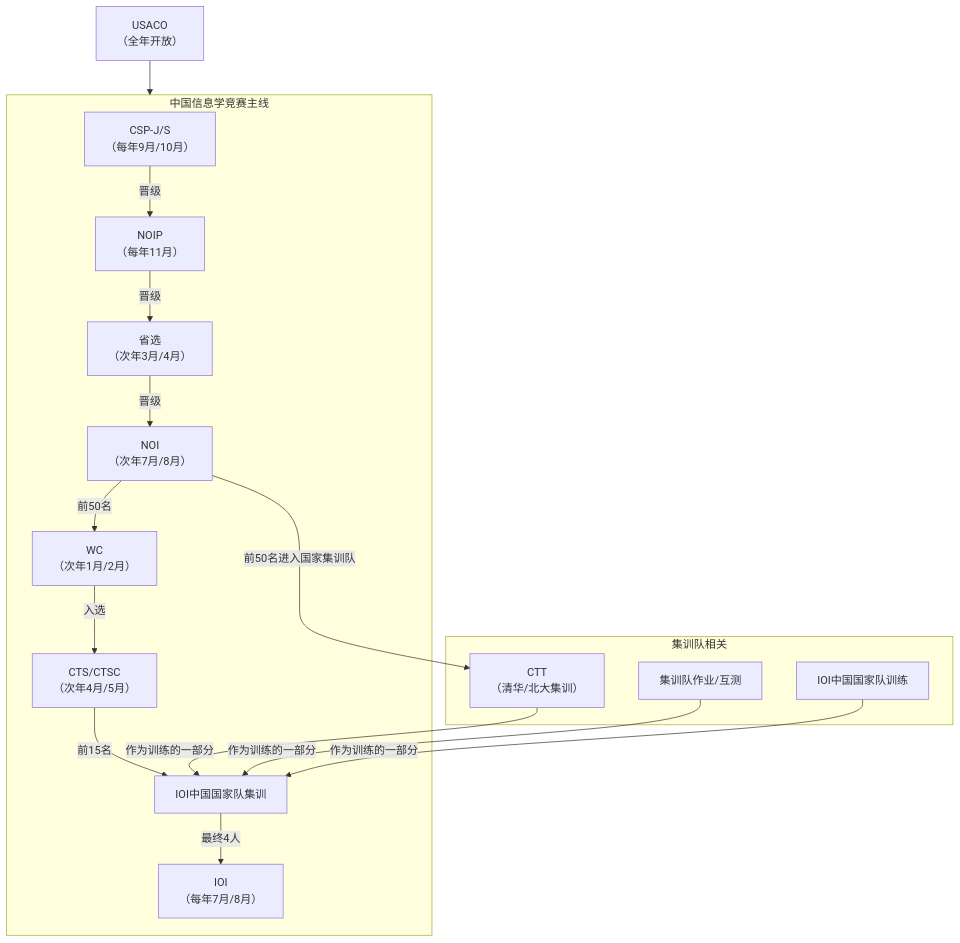
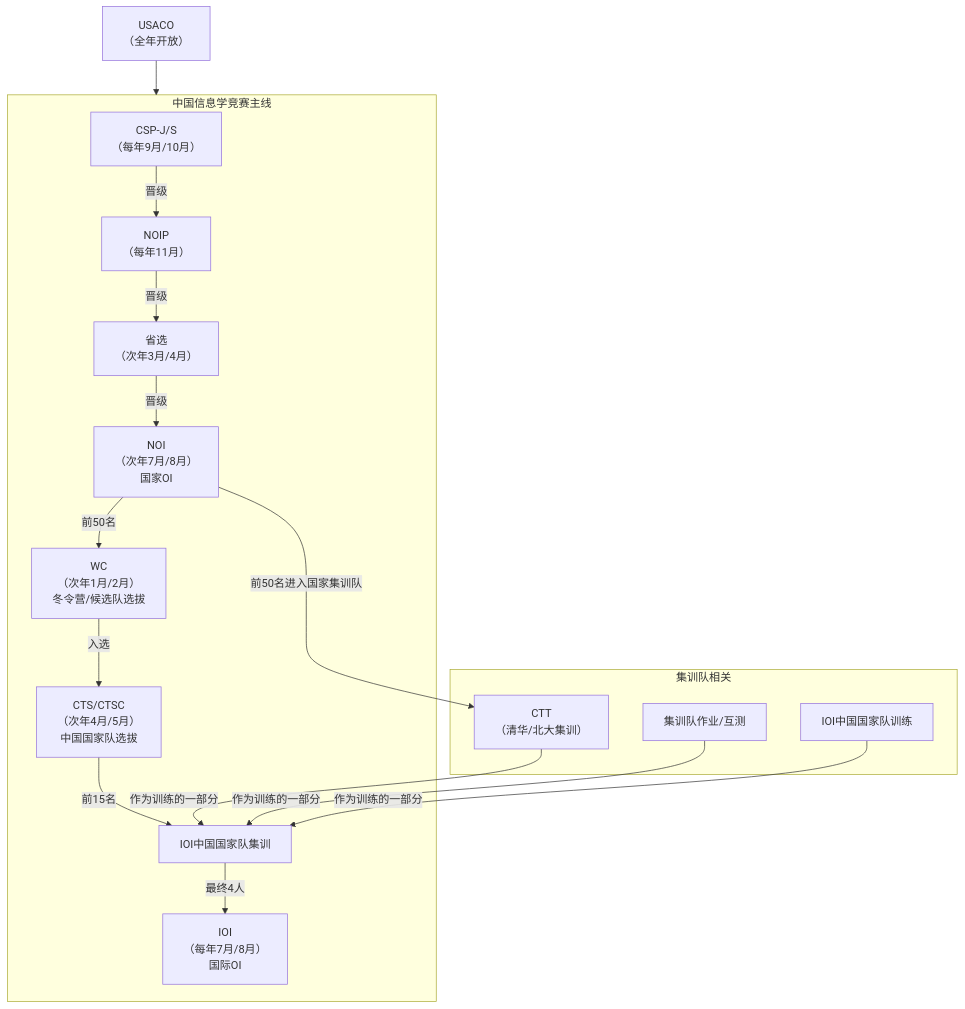
Before and after one commit to tiankonguse/leetcode-solutions: the diagram in other/NOI/roadmap.md, drawn with Mermaid. The commit also changed 10 other files, not shown here.

````diff
--- a/other/NOI/roadmap.md
+++ b/other/NOI/roadmap.md
@@ -89,30 +89,30 @@
 ```mermaid
 flowchart TD
     A[USACO<br>（全年开放）] --> Z
 
     subgraph Z [中国信息学竞赛主线]
         B[CSP-J/S<br>（每年9月/10月）]
         C[NOIP<br>（每年11月）]
         D[省选<br>（次年3月/4月）]
-        E[NOI<br>（次年7月/8月）]
-        F[WC<br>（次年1月/2月）]
+        E[NOI<br>（次年7月/8月） <br> 国家OI]
+        F[WC<br>（次年1月/2月） <br> 冬令营/候选队选拔]
         
         B -- 晋级 --> C
         C -- 晋级 --> D
         D -- 晋级 --> E
         E -- 前50名 --> F
-        F -- 入选 --> G[CTS/CTSC<br>（次年4月/5月）]
+        F -- 入选 --> G[CTS/CTSC<br>（次年4月/5月）<br> 中国国家队选拔]
         G -- 前15名 --> H[IOI中国国家队集训]
-        H -- 最终4人 --> I[IOI<br>（每年7月/8月）]
+        H -- 最终4人 --> I[IOI<br>（每年7月/8月） <br>  国际OI]
     end
 
     subgraph X [集训队相关]
         J[CTT<br>（清华/北大集训）]
         K[集训队作业/互测]
         L[IOI中国国家队训练]
     end
 
     E -- 前50名进入国家集训队 --> J
     J & K & L -- 作为训练的一部分 --> H
 
 ```
````
